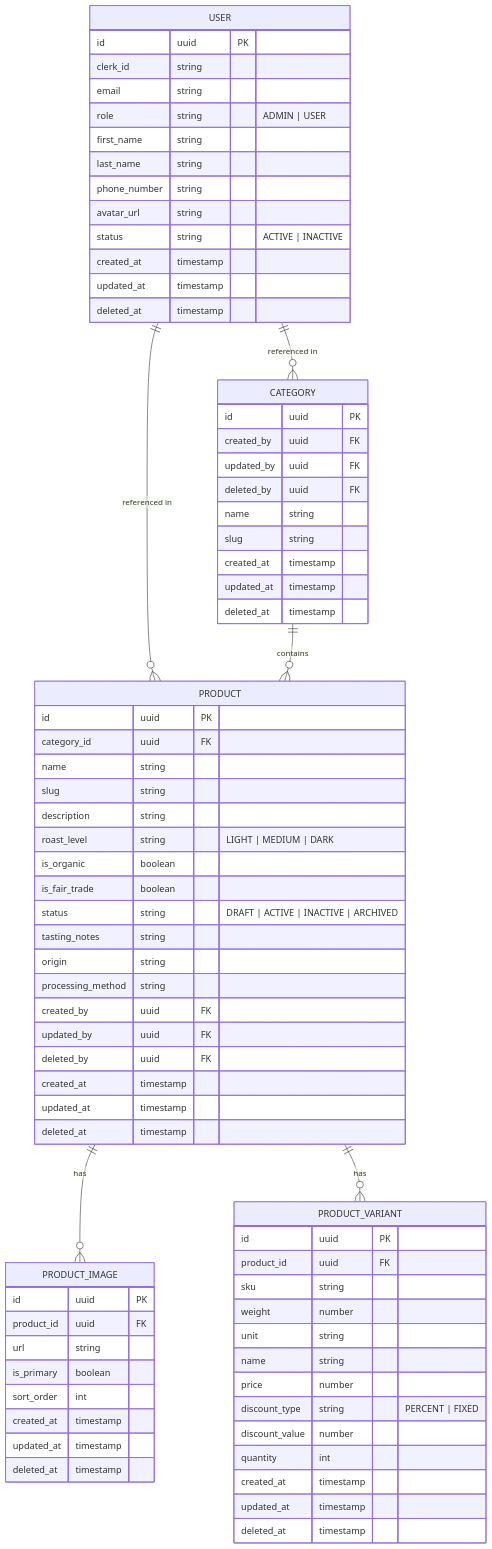
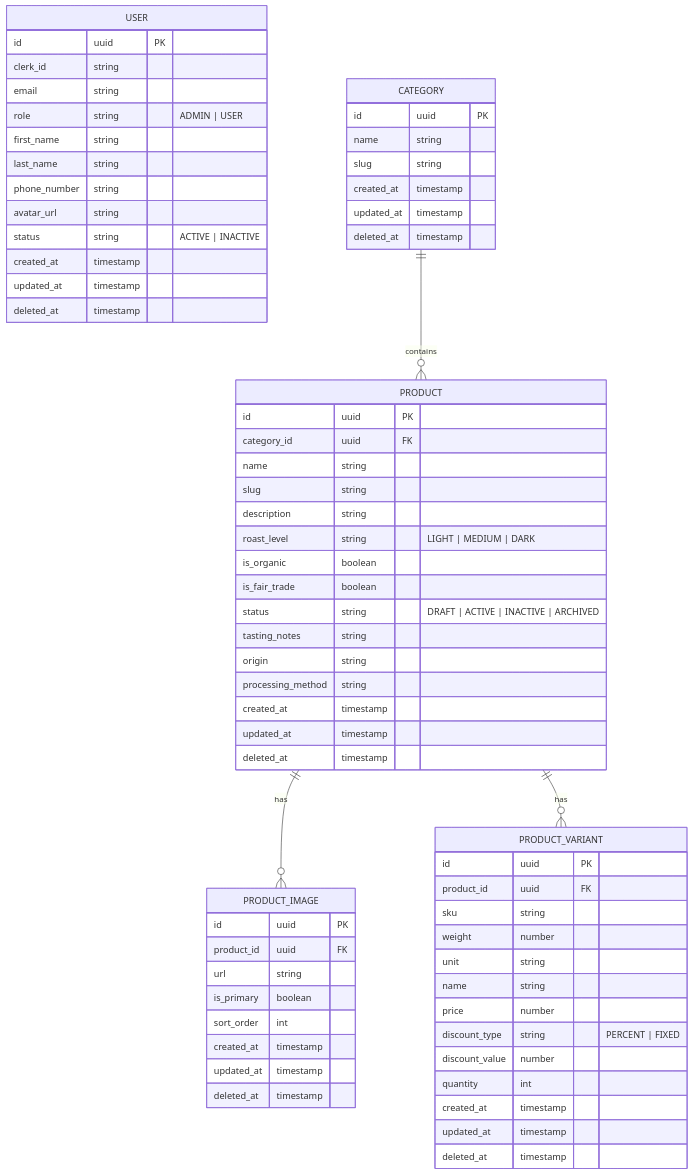
The diagram in coffee-shop-api/README.md (Tiennd0502/nestjs-training), drawn with Mermaid before and after one commit. The commit also changed other lines of this file, not shown here.

```diff
--- a/coffee-shop-api/README.md
+++ b/coffee-shop-api/README.md
@@ -97,9 +107,6 @@
 
     CATEGORY {
         id uuid PK
-        created_by uuid FK
-        updated_by uuid FK
-        deleted_by uuid FK
         name string
         slug string
         created_at timestamp
@@ -120,9 +127,6 @@
         tasting_notes string
         origin string
         processing_method string
-        created_by uuid FK
-        updated_by uuid FK
-        deleted_by uuid FK
         created_at timestamp
         updated_at timestamp
         deleted_at timestamp
@@ -155,8 +159,6 @@
         deleted_at timestamp
     }
 
-    USER ||--o{ PRODUCT : "referenced in"
-    USER ||--o{ CATEGORY : "referenced in"
     CATEGORY ||--o{ PRODUCT : "contains"
     PRODUCT ||--o{ PRODUCT_IMAGE : "has"
     PRODUCT ||--o{ PRODUCT_VARIANT : "has"
```
